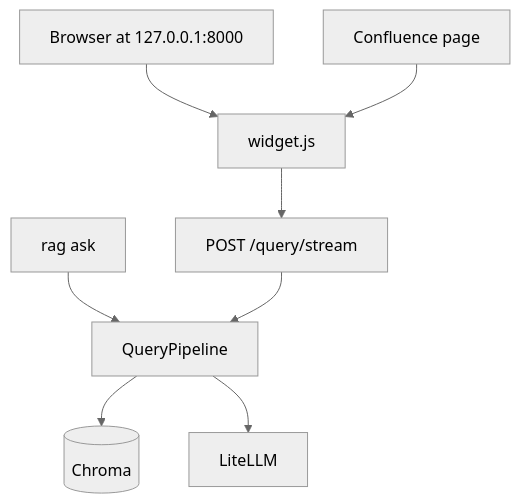
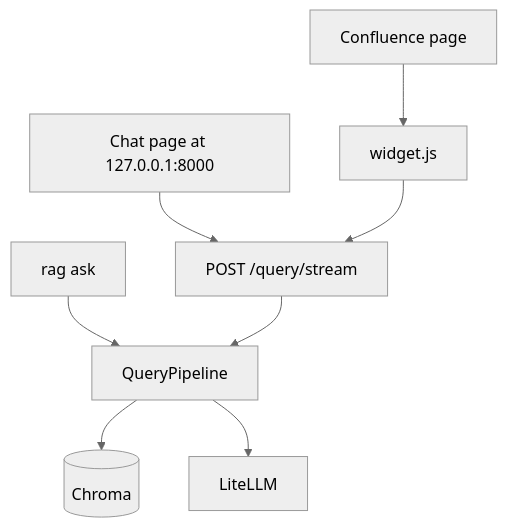
Before and after one commit to ZouGongwang/RAG-For-LTP_IFX: the second of 2 diagrams in ARCHITECTURE.md, drawn with Mermaid (neutral theme). The commit also changed other lines of this file and 13 other files, not shown here.

````diff
--- a/ARCHITECTURE.md
+++ b/ARCHITECTURE.md
@@ -139,10 +139,10 @@
 ```mermaid
 flowchart TB
   Terminal["rag ask"] --> Query
-  Browser["Browser at 127.0.0.1:8000"] --> Widget
-  Wiki["Confluence page"] --> Widget
-  Widget["widget.js"] --> Stream["POST /query/stream"]
+  Browser["Chat page at 127.0.0.1:8000"] --> Stream
+  Wiki["Confluence page"] --> Widget["widget.js"]
+  Widget --> Stream["POST /query/stream"]
   Stream --> Query["QueryPipeline"]
   Query --> Chroma[(Chroma)]
   Query --> Gateway["LiteLLM"]
 ```
````
